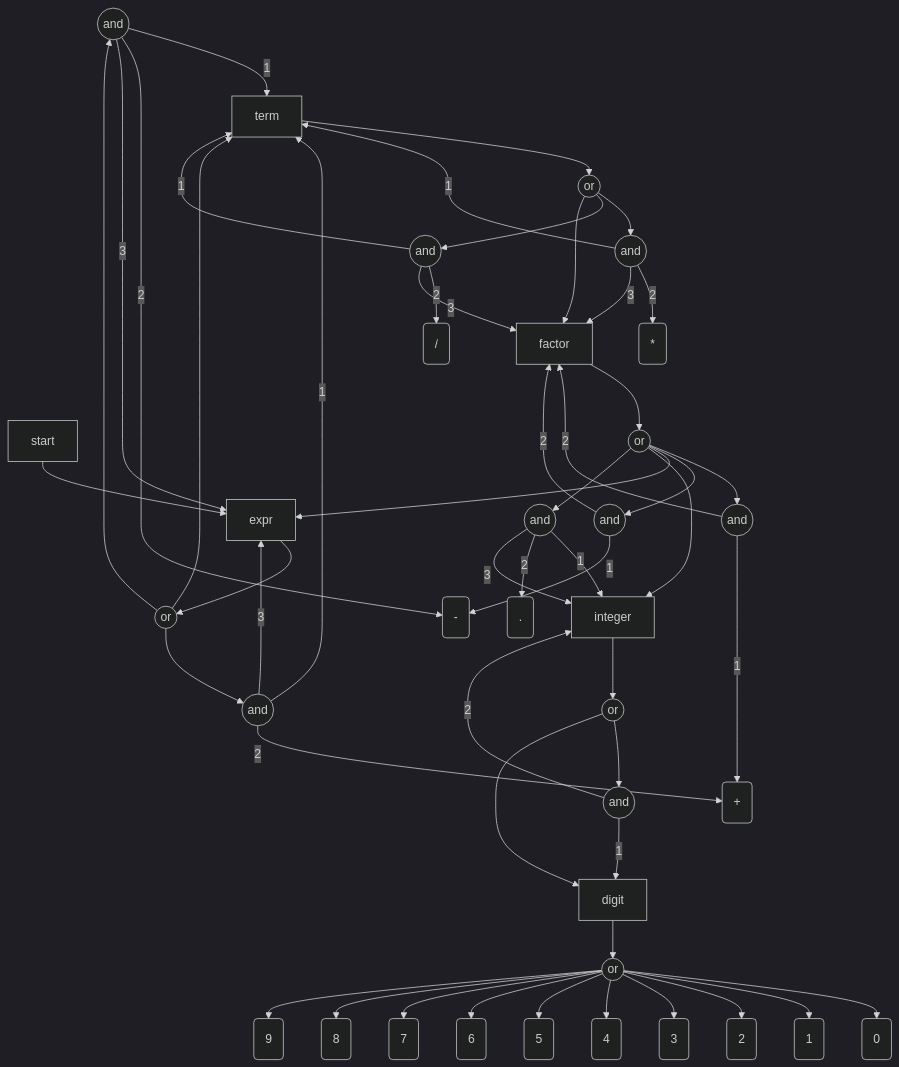
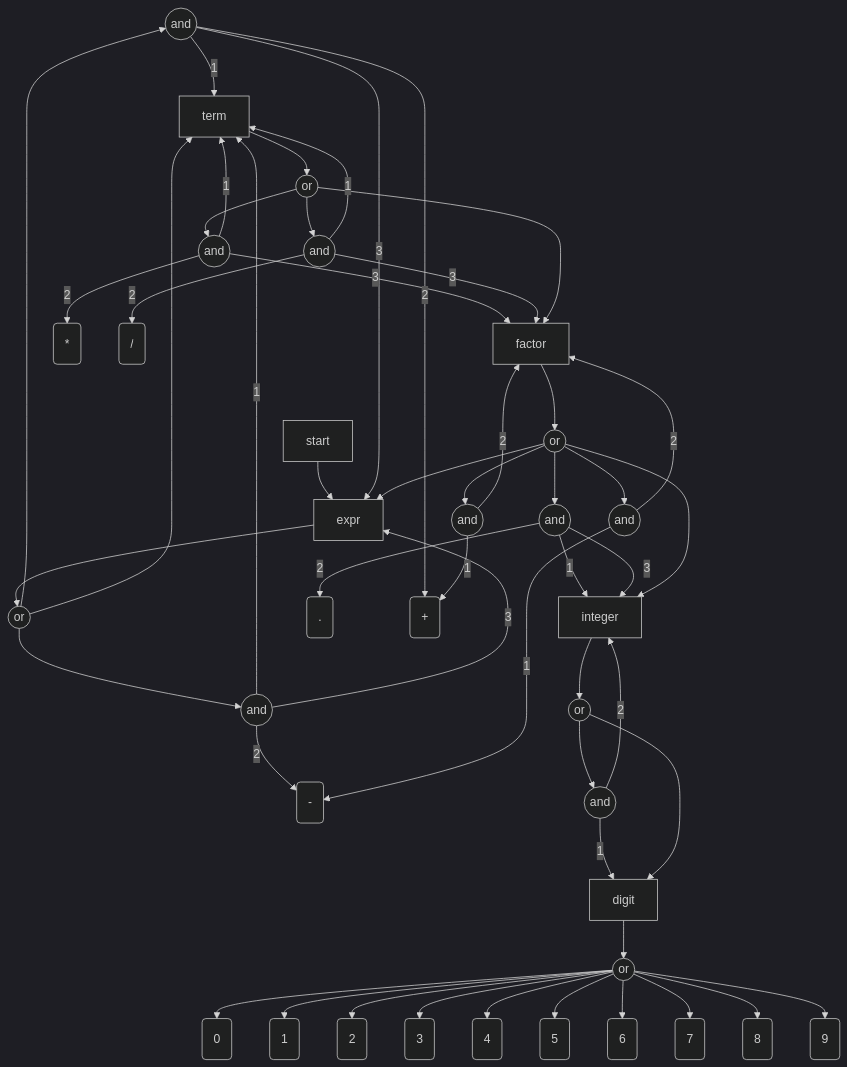
One commit to antononcube/RakuForPrediction-book changed the tenth of 10 diagrams in Articles/Graph-representation-of-grammars.md. Above: the diagram before and after it, drawn with Mermaid (dark theme). The commit also changed other lines of this file and 1 other file, not shown here.

Commit message:
docs:Added LLMs section. Better diagrams and explanations.

````diff
--- a/Articles/Graph-representation-of-grammars.md
+++ b/Articles/Graph-representation-of-grammars.md
@@ -317,66 +483,66 @@
 ```mermaid
 graph TD
-	seq8((and))
-	seq19((and))
-	seq34((and))
-	T:2("2")
-	T:+("+")
-	T:1("1")
-	T:*("*")
-	alt3((or))
-	T:.(".")
-	T:8("8")
+	T:3("3")
+	NT:integer["integer"]
+	seq4((and))
+	seq26((and))
 	alt39((or))
-	NT:start["start"]
-	T:5("5")
-	seq4((and))
-	T:3("3")
-	T:4("4")
-	alt14((or))
-	alt45((or))
-	T:9("9")
+	NT:factor["factor"]
 	NT:expr["expr"]
 	T:6("6")
+	NT:term["term"]
+	T:8("8")
+	alt3((or))
+	alt45((or))
+	T:FULL_STOP(".")
+	T:2("2")
+	seq34((and))
+	T:4("4")
+	T:HYPHEN-MINUS("-")
+	T:1("1")
+	NT:digit["digit"]
+	seq40((and))
+	seq29((and))
+	alt14((or))
 	T:7("7")
+	seq15((and))
+	T:0("0")
+	NT:start["start"]
+	T:ASTERISK("*")
+	T:5("5")
 	alt25((or))
-	seq15((and))
-	NT:factor["factor"]
-	seq26((and))
-	T:-("-")
-	seq40((and))
-	T:/("/")
-	NT:integer["integer"]
-	seq29((and))
-	NT:digit["digit"]
-	T:0("0")
-	NT:term["term"]
+	seq19((and))
+	T:9("9")
+	T:PLUS_SIGN("+")
+	T:SOLIDUS("/")
+	seq8((and))
 	NT:start --> NT:expr
 	seq4 --> |1|NT:term
-	seq4 --> |2|T:+
+	seq4 --> |2|T:PLUS_SIGN
 	seq4 --> |3|NT:expr
 	seq8 --> |1|NT:term
-	seq8 --> |2|T:-
+	seq8 --> |2|T:HYPHEN-MINUS
 	seq8 --> |3|NT:expr
 	alt3 --> seq4
 	alt3 --> seq8
 	alt3 --> NT:term
 	NT:expr --> alt3
 	seq15 --> |1|NT:term
-	seq15 --> |2|T:*
+	seq15 --> |2|T:ASTERISK
 	seq15 --> |3|NT:factor
 	seq19 --> |1|NT:term
-	seq19 --> |2|T:/
+	seq19 --> |2|T:SOLIDUS
 	seq19 --> |3|NT:factor
 	alt14 --> seq15
 	alt14 --> seq19
 	alt14 --> NT:factor
 	NT:term --> alt14
-	seq26 --> |1|T:+
+	seq26 --> |1|T:PLUS_SIGN
 	seq26 --> |2|NT:factor
-	seq29 --> |1|T:-
+	seq29 --> |1|T:HYPHEN-MINUS
 	seq29 --> |2|NT:factor
 	seq34 --> |1|NT:integer
-	seq34 --> |2|T:.
+	seq34 --> |2|T:FULL_STOP
 	seq34 --> |3|NT:integer
 	alt25 --> seq26
 	alt25 --> seq29
````
